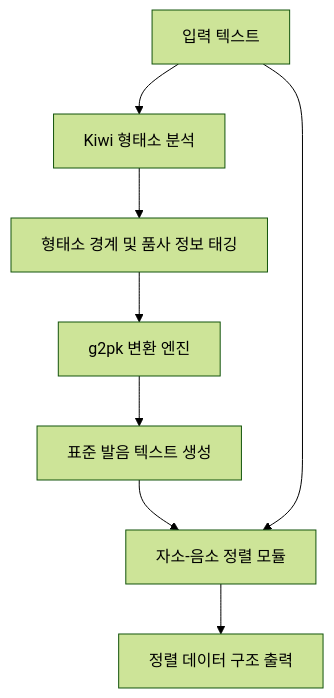
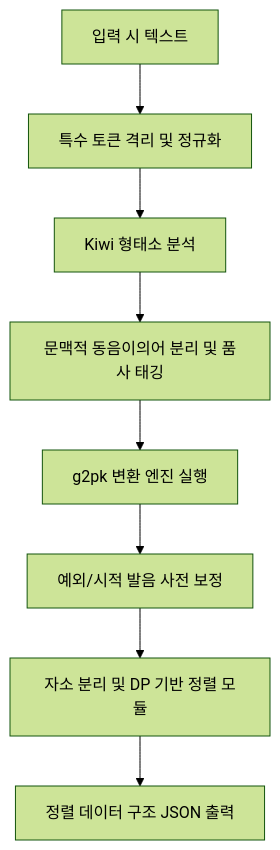
One commit to YiTanJang/poetry-llm changed the diagram in poetry-llm/preprocessing/korean_g2p_alignment.md. Above: the diagram before and after it, drawn with Mermaid (forest theme). The commit also changed other lines of this file, not shown here.

Commit message:
[preprocessing] design G2P character-to-phone alignment schema and pipeline

````diff
--- a/poetry-llm/preprocessing/korean_g2p_alignment.md
+++ b/poetry-llm/preprocessing/korean_g2p_alignment.md
@@ -28,10 +28,10 @@
 ```mermaid
 graph TD
-    A[입력 텍스트] --> B[Kiwi 형태소 분석]
-    B --> C[형태소 경계 및 품사 정보 태깅]
-    C --> D[g2pk 변환 엔진]
-    D --> E[표준 발음 텍스트 생성]
-    E --> F[자소-음소 정렬 모듈]
-    A --> F
-    F --> G[정렬 데이터 구조 출력]
+    A[입력 시 텍스트] --> B[특수 토큰 격리 및 정규화]
+    B --> C[Kiwi 형태소 분석]
+    C --> D[문맥적 동음이의어 분리 및 품사 태깅]
+    D --> E[g2pk 변환 엔진 실행]
+    E --> F[예외/시적 발음 사전 보정]
+    F --> G[자소 분리 및 DP 기반 정렬 모듈]
+    G --> H[정렬 데이터 구조 JSON 출력]
 ```
````
